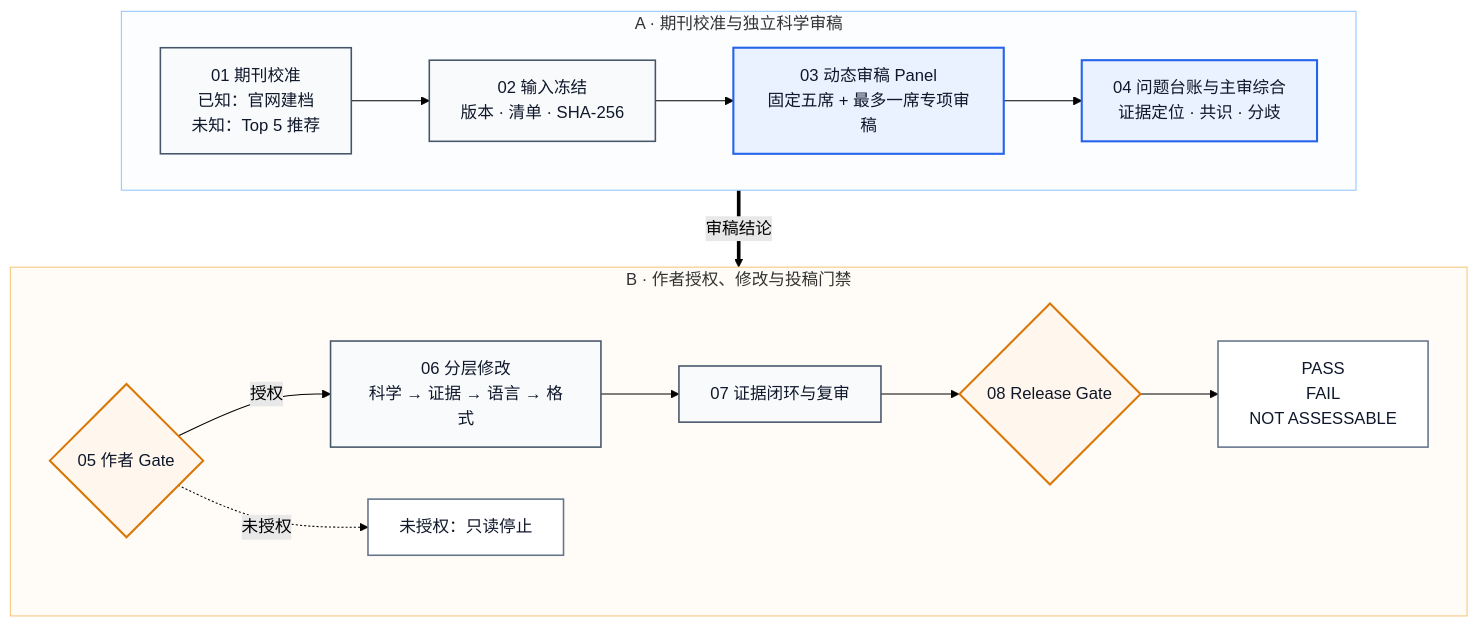
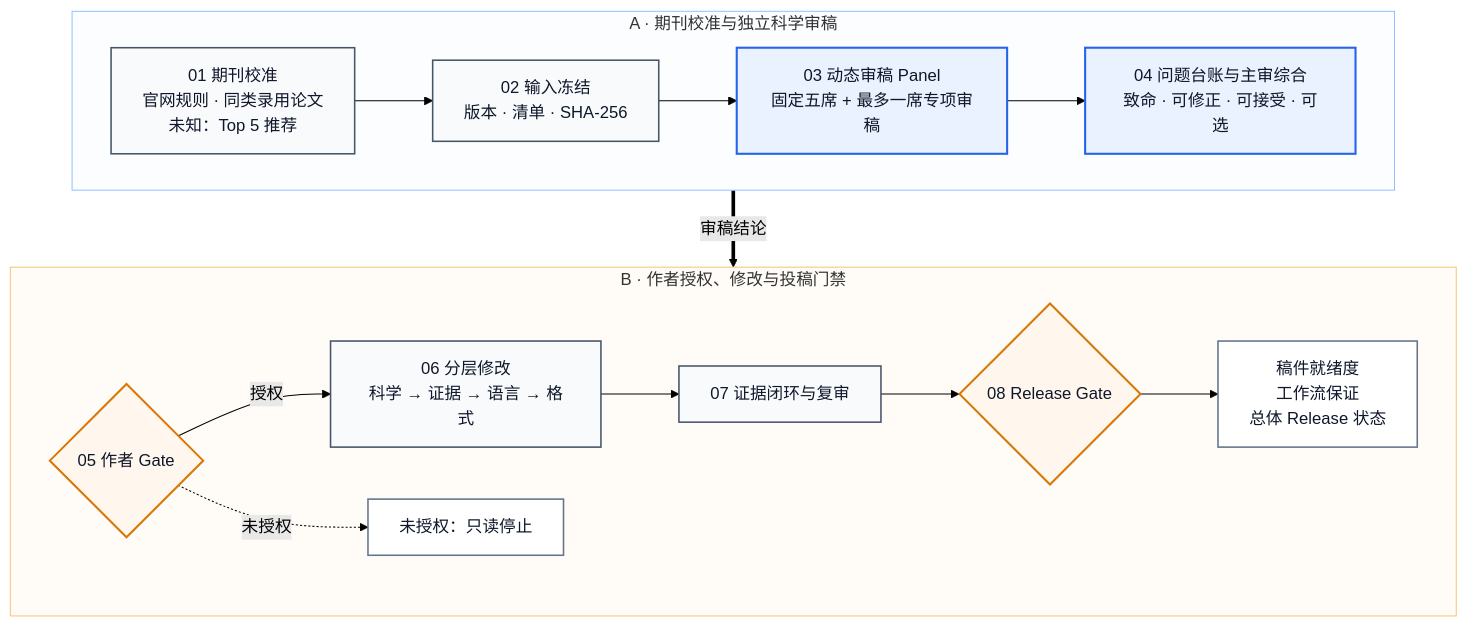
Before and after one commit to Jameslxr/manuscript-review-revision-skill: the first of 2 diagrams in docs/ARCHITECTURE.md, drawn with Mermaid (forest theme). The commit also changed other lines of this file and 24 other files, not shown here.

````diff
--- a/docs/ARCHITECTURE.md
+++ b/docs/ARCHITECTURE.md
@@ -13,37 +13,37 @@
 ```mermaid
 flowchart TB
     subgraph REVIEW["A · 期刊校准与独立科学审稿"]
         direction LR
-        J1["01 期刊校准<br/>已知：官网建档<br/>未知：Top 5 推荐"]
+        J1["01 期刊校准<br/>官网规则 · 同类录用论文<br/>未知：Top 5 推荐"]
         J2["02 输入冻结<br/>版本 · 清单 · SHA-256"]
         J3["03 动态审稿 Panel<br/>固定五席 + 最多一席专项审稿"]
-        J4["04 问题台账与主审综合<br/>证据定位 · 共识 · 分歧"]
+        J4["04 问题台账与主审综合<br/>致命 · 可修正 · 可接受 · 可选"]
         J1 --> J2 --> J3 --> J4
     end
 
     subgraph REVISION["B · 作者授权、修改与投稿门禁"]
         direction LR
         J5{"05 作者 Gate"}
         J6["06 分层修改<br/>科学 → 证据 → 语言 → 格式"]
         J7["07 证据闭环与复审"]
         J8{"08 Release Gate"}
-        OUT["PASS<br/>FAIL<br/>NOT ASSESSABLE"]
+        OUT["稿件就绪度<br/>工作流保证<br/>总体 Release 状态"]
         STOP["未授权：只读停止"]
         J5 -- "授权" --> J6 --> J7 --> J8 --> OUT
         J5 -. "未授权" .-> STOP
     end
 
     REVIEW ==>|审稿结论| REVISION
 
     classDef phase fill:#F8FAFC,stroke:#475569,stroke-width:1.5px,color:#0F172A;
     classDef review fill:#EAF2FF,stroke:#2563EB,stroke-width:2px,color:#0F172A;
     classDef gate fill:#FFF7ED,stroke:#D97706,stroke-width:2px,color:#0F172A;
     classDef terminal fill:#FFFFFF,stroke:#64748B,stroke-width:1.5px,color:#0F172A;
 
     class J1,J2,J6,J7 phase;
     class J3,J4 review;
     class J5,J8 gate;
     class OUT,STOP terminal;
     style REVIEW fill:#FBFDFF,stroke:#93C5FD,stroke-width:1px
     style REVISION fill:#FFFCF7,stroke:#F5C77A,stroke-width:1px
 ```
````
